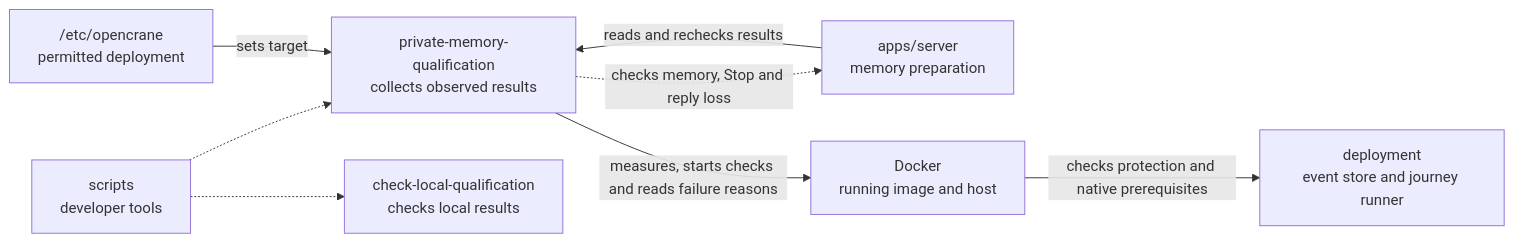
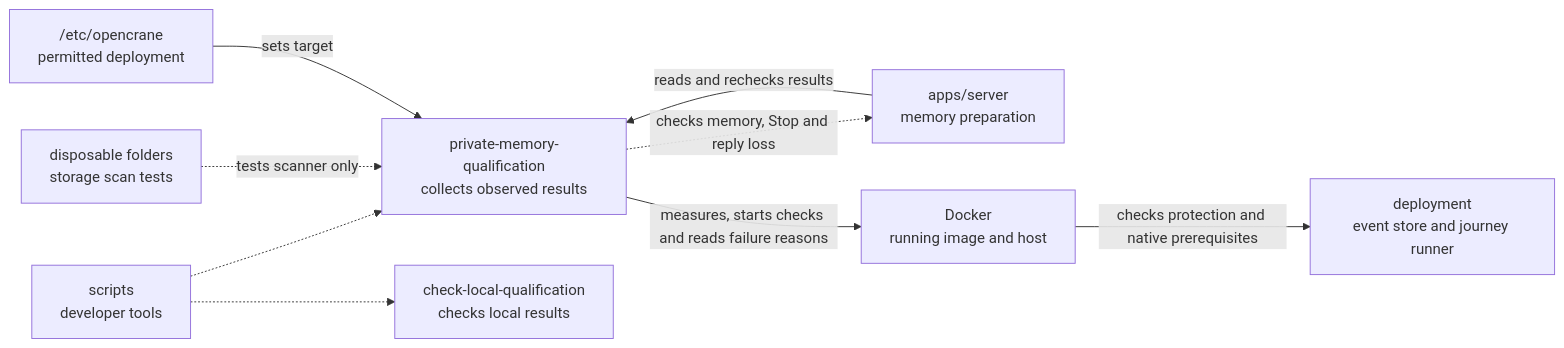
The diagram in scripts/private-memory-qualification/README.md (elewa-git/opencrane-new), drawn with Mermaid before and after one commit. The commit also changed other lines of this file and 5 other files, not shown here.

````diff
--- a/scripts/private-memory-qualification/README.md
+++ b/scripts/private-memory-qualification/README.md
@@ -18,10 +18,11 @@
 ```mermaid
 flowchart LR
   scripts["scripts<br/>developer tools"] -.-> collector["private-memory-qualification<br/>collects observed results"]
+  fixtures["disposable folders<br/>storage scan tests"] -.->|tests scanner only| collector
   scripts -.-> sibling["check-local-qualification<br/>checks local results"]
   server["apps/server<br/>memory preparation"] -->|reads and rechecks results| collector
   collector -.->|checks memory, Stop and reply loss| server
   config["/etc/opencrane<br/>permitted deployment"] -->|sets target| collector
   collector -->|measures, starts checks and reads failure reasons| docker["Docker<br/>running image and host"]
   docker -->|checks protection and native prerequisites| deployment["deployment<br/>event store and journey runner"]
 ```
````
